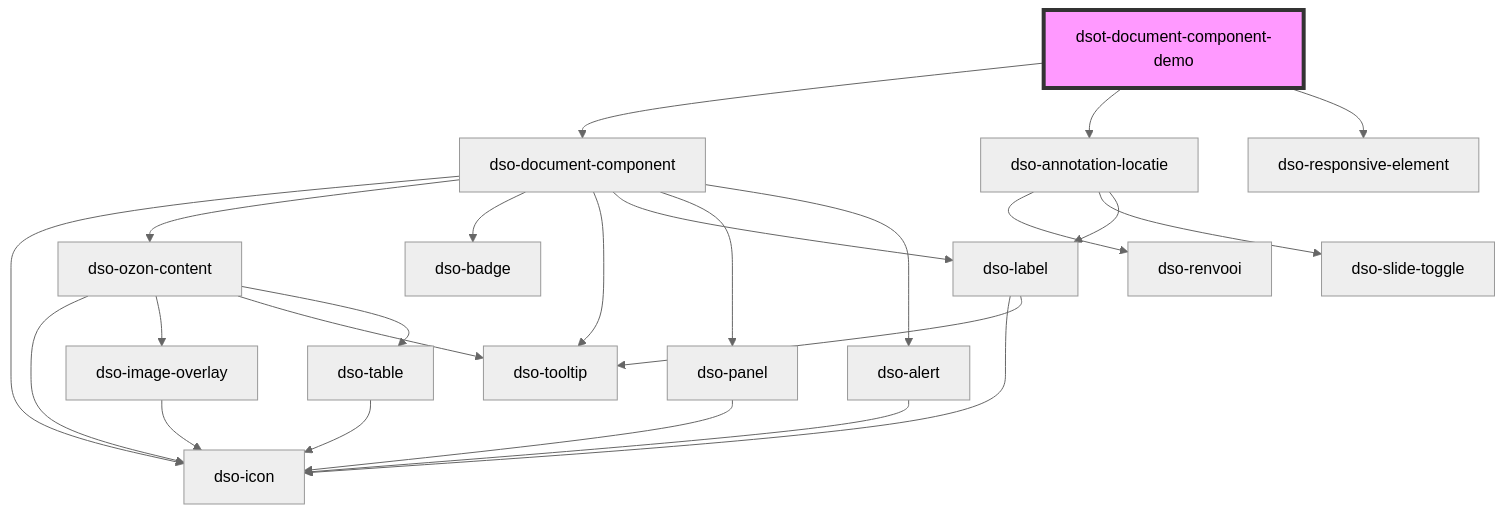
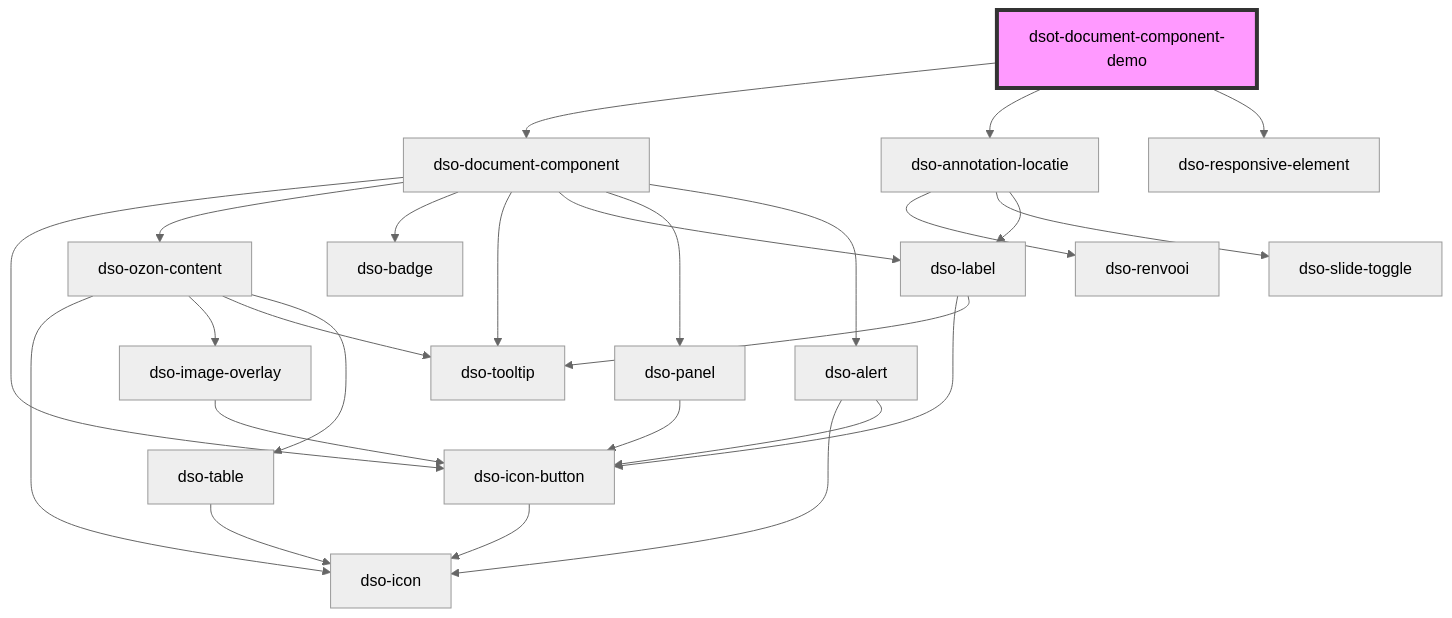
Before and after one commit to dso-toolkit/dso-toolkit: the diagram in packages/core/src/components/document-component-demo/readme.md, drawn with Mermaid (neutral theme). The commit also changed 97 other files, not shown here.

Commit message:
#2315 [Added] Icon Button: Nieuw component

````diff
--- a/packages/core/src/components/document-component-demo/readme.md
+++ b/packages/core/src/components/document-component-demo/readme.md
@@ -36,27 +36,29 @@
 ```mermaid
 graph TD;
   dsot-document-component-demo --> dso-document-component
   dsot-document-component-demo --> dso-annotation-locatie
   dsot-document-component-demo --> dso-responsive-element
-  dso-document-component --> dso-icon
+  dso-document-component --> dso-icon-button
   dso-document-component --> dso-ozon-content
   dso-document-component --> dso-badge
   dso-document-component --> dso-tooltip
   dso-document-component --> dso-label
   dso-document-component --> dso-panel
   dso-document-component --> dso-alert
+  dso-icon-button --> dso-icon
   dso-ozon-content --> dso-icon
   dso-ozon-content --> dso-image-overlay
   dso-ozon-content --> dso-tooltip
   dso-ozon-content --> dso-table
-  dso-image-overlay --> dso-icon
+  dso-image-overlay --> dso-icon-button
   dso-table --> dso-icon
-  dso-label --> dso-icon
+  dso-label --> dso-icon-button
   dso-label --> dso-tooltip
-  dso-panel --> dso-icon
+  dso-panel --> dso-icon-button
   dso-alert --> dso-icon
+  dso-alert --> dso-icon-button
   dso-annotation-locatie --> dso-renvooi
   dso-annotation-locatie --> dso-slide-toggle
   dso-annotation-locatie --> dso-label
   style dsot-document-component-demo fill:#f9f,stroke:#333,stroke-width:4px
 ```
````
